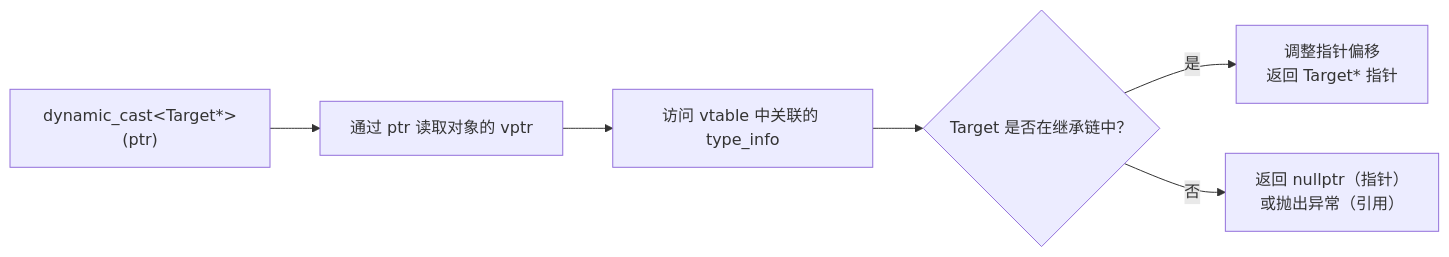
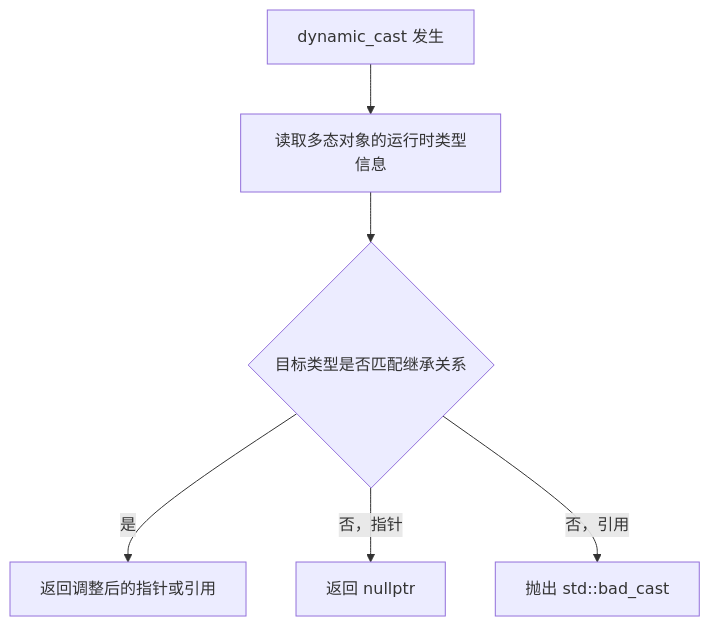
The first of 2 diagrams in CPP/知识点/数据类型/02_类型转换.md (loskyertt/Notes), drawn with Mermaid before and after one commit. The commit also changed other lines of this file, not shown here.

````diff
--- a/CPP/知识点/数据类型/02_类型转换.md
+++ b/CPP/知识点/数据类型/02_类型转换.md
@@ -257,8 +300,8 @@
 ```mermaid
-flowchart LR
-    A["dynamic_cast&lt;Target*&gt;(ptr)"] --> B["通过 ptr 读取对象的 vptr"]
-    B --> C["访问 vtable 中关联的 type_info"]
-    C --> D{"Target 是否在继承链中？"}
-    D -- 是 --> E["调整指针偏移<br/>返回 Target* 指针"]
-    D -- 否 --> F["返回 nullptr（指针）<br/>或抛出异常（引用）"]
+flowchart TD
+    A["dynamic_cast 发生"] --> B["读取多态对象的运行时类型信息"]
+    B --> C{"目标类型是否匹配继承关系"}
+    C -- "是" --> D["返回调整后的指针或引用"]
+    C -- "否，指针" --> E["返回 nullptr"]
+    C -- "否，引用" --> F["抛出 std::bad_cast"]
 ```
````
